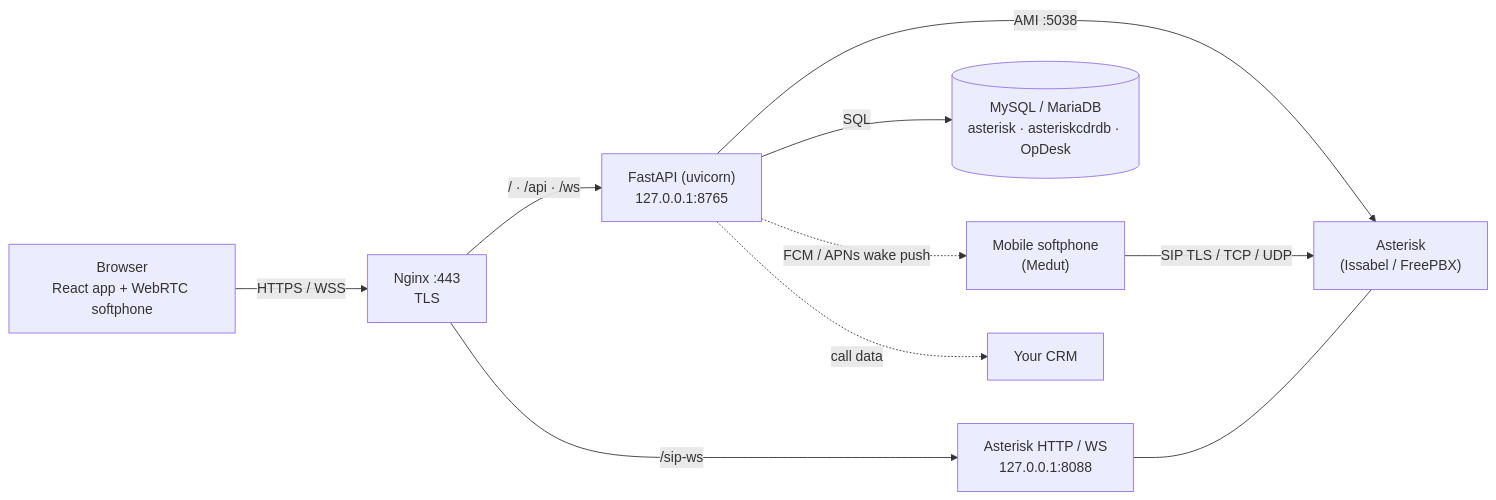
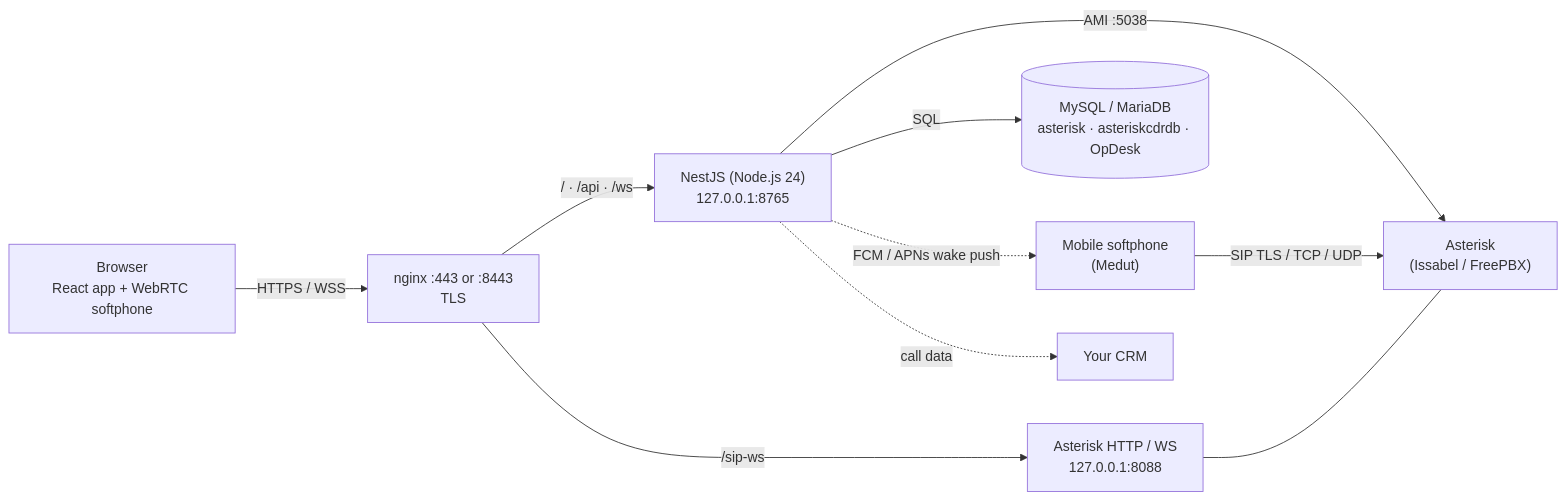
Before and after one commit to Ibrahimgamal99/OpDesk: the diagram in README.md, drawn with Mermaid. The commit also changed other lines of this file and 207 other files, not shown here.

````diff
--- a/README.md
+++ b/README.md
@@ -121,12 +125,12 @@
 ```mermaid
 flowchart LR
-    Browser["Browser<br/>React app + WebRTC softphone"] -- "HTTPS / WSS" --> Nginx["Nginx :443<br/>TLS"]
-    Nginx -- "/ · /api · /ws" --> API["FastAPI (uvicorn)<br/>127.0.0.1:8765"]
+    Browser["Browser<br/>React app + WebRTC softphone"] -- "HTTPS / WSS" --> Nginx["nginx :443 or :8443<br/>TLS"]
+    Nginx -- "/ · /api · /ws" --> API["NestJS (Node.js 24)<br/>127.0.0.1:8765"]
     Nginx -- "/sip-ws" --> AstWS["Asterisk HTTP / WS<br/>127.0.0.1:8088"]
     API -- "AMI :5038" --> Asterisk["Asterisk<br/>(Issabel / FreePBX)"]
     API -- "SQL" --> DB[("MySQL / MariaDB<br/>asterisk · asteriskcdrdb · OpDesk")]
     AstWS --- Asterisk
     Phone["Mobile softphone<br/>(Medut)"] -- "SIP TLS / TCP / UDP" --> Asterisk
     API -. "FCM / APNs wake push" .-> Phone
     API -. "call data" .-> CRM["Your CRM"]
 ```
````
